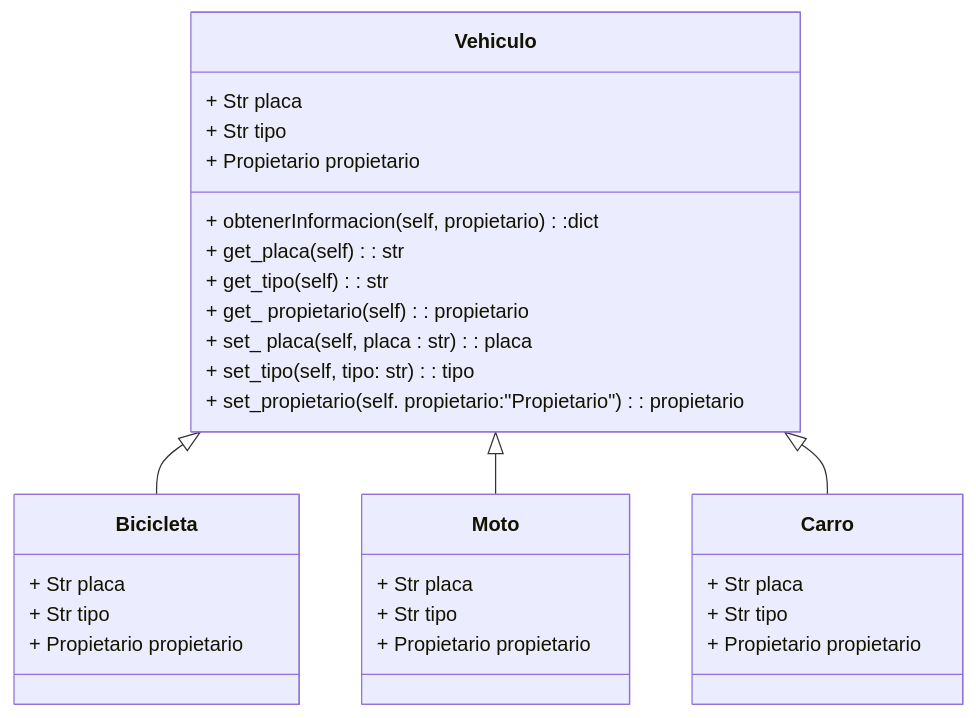
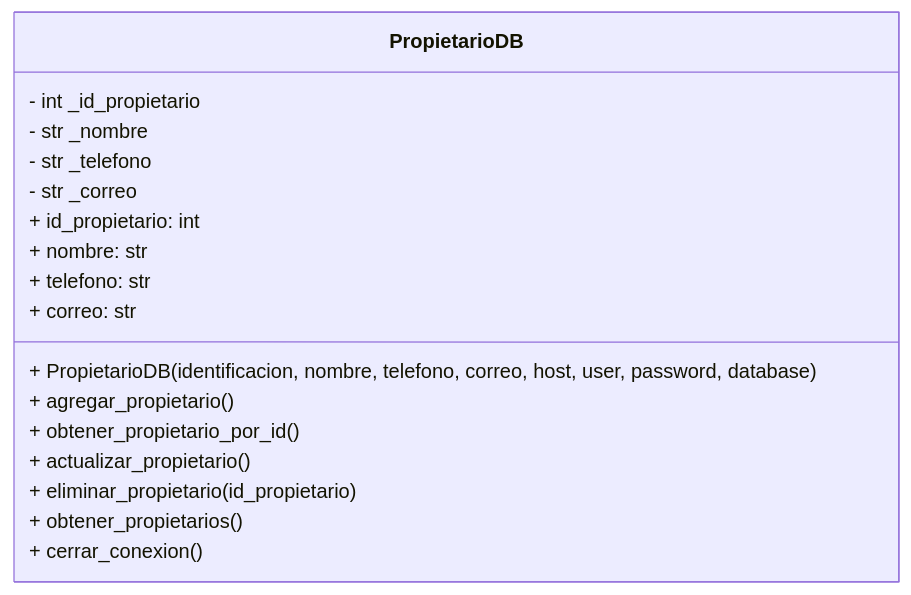
The second of 7 diagrams in README.md (Fabian0611/Project_POO), drawn with Mermaid before and after one commit. The commit also changed other lines of this file, not shown here.

````diff
--- a/README.md
+++ b/README.md
@@ -188,41 +167,20 @@
 ``` mermaid
 classDiagram
-    class Vehiculo {
-        + Str placa
-        + Str tipo
-        + Propietario propietario
-        + obtenerInformacion(self, propietario):dict 
-        + get_placa(self) : str
-        + get_tipo(self) : str
-        + get_ propietario (self): propietario
-        + set_ placa (self, placa : str): placa 
-        + set_tipo (self, tipo: str): tipo
-        + set_propietario (self. propietario:"Propietario"): propietario
-        
+class PropietarioDB {
+        - int _id_propietario
+        - str _nombre
+        - str _telefono
+        - str _correo
+        + PropietarioDB(identificacion, nombre, telefono, correo, host, user, password, database)
+        + id_propietario: int
+        + nombre: str
+        + telefono: str
+        + correo: str
+        + agregar_propietario()
+        + obtener_propietario_por_id()
+        + actualizar_propietario()
+        + eliminar_propietario(id_propietario)
+        + obtener_propietarios()
+        + cerrar_conexion()
     }
-
-    class Moto {
-        +  Str placa
-        + Str tipo
-        + Propietario propietario
-
-    }
-
-    class Carro {
-        + Str placa
-        + Str tipo
-        + Propietario propietario
-
-    }
-    class Bicicleta{
-        +  Str placa
-        + Str tipo
-        + Propietario propietario
-    }
-
-
-
-    Vehiculo  <|-- Bicicleta
-    Vehiculo <|-- Moto
-    Vehiculo <|-- Carro
 ```
````
